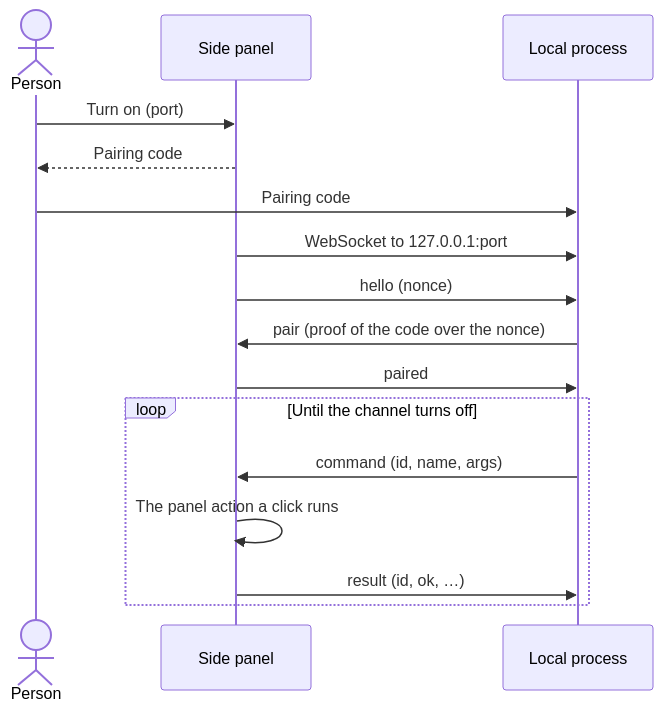
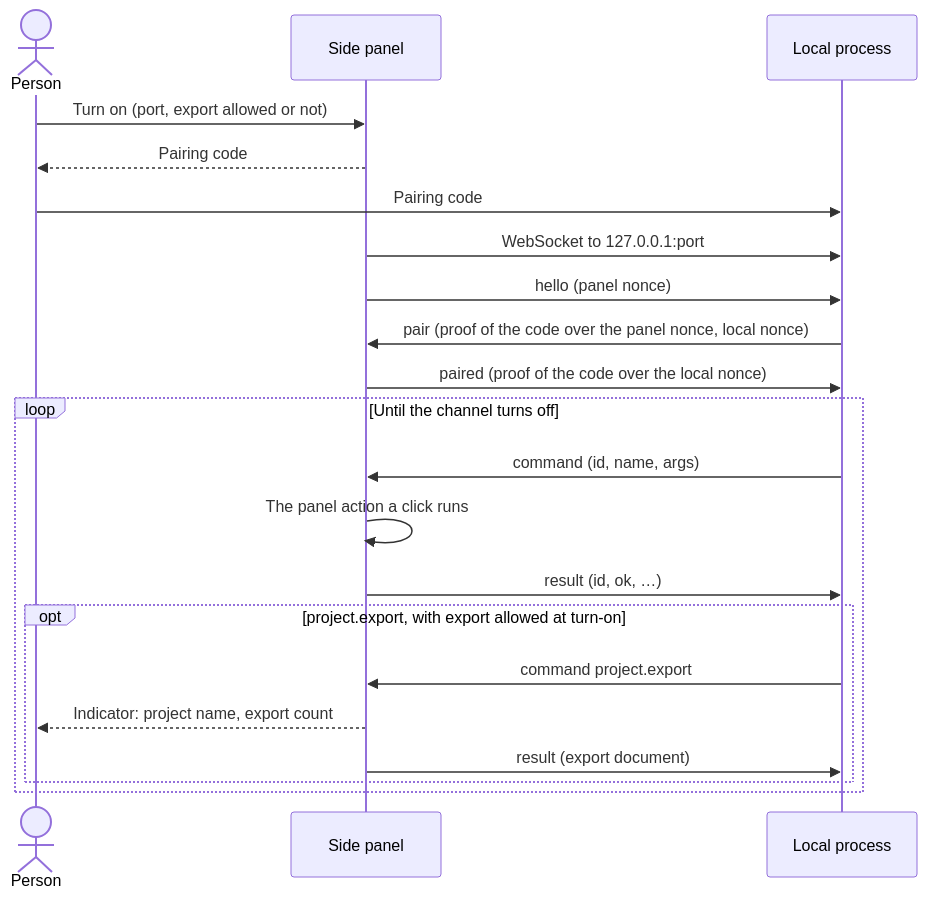
Before and after one commit to Arsarneq/docent: the diagram in docs/api/control-channel.md, drawn with Mermaid. The commit also changed other lines of this file and 25 other files, not shown here.

First line of the commit message:
feat(extension): let a paired local process export the open project when a person allows it (#664)

````diff
--- a/docs/api/control-channel.md
+++ b/docs/api/control-channel.md
@@ -36,19 +37,24 @@
 ```mermaid
 sequenceDiagram
     actor Person
     participant Panel as Side panel
     participant Local as Local process
 
-    Person->>Panel: Turn on (port)
+    Person->>Panel: Turn on (port, export allowed or not)
     Panel-->>Person: Pairing code
     Person->>Local: Pairing code
     Panel->>Local: WebSocket to 127.0.0.1:port
-    Panel->>Local: hello (nonce)
-    Local->>Panel: pair (proof of the code over the nonce)
-    Panel->>Local: paired
+    Panel->>Local: hello (panel nonce)
+    Local->>Panel: pair (proof of the code over the panel nonce, local nonce)
+    Panel->>Local: paired (proof of the code over the local nonce)
     loop Until the channel turns off
         Local->>Panel: command (id, name, args)
         Panel->>Panel: The panel action a click runs
         Panel->>Local: result (id, ok, …)
+        opt project.export, with export allowed at turn-on
+            Local->>Panel: command project.export
+            Panel-->>Person: Indicator: project name, export count
+            Panel->>Local: result (export document)
+        end
     end
 ```
````
